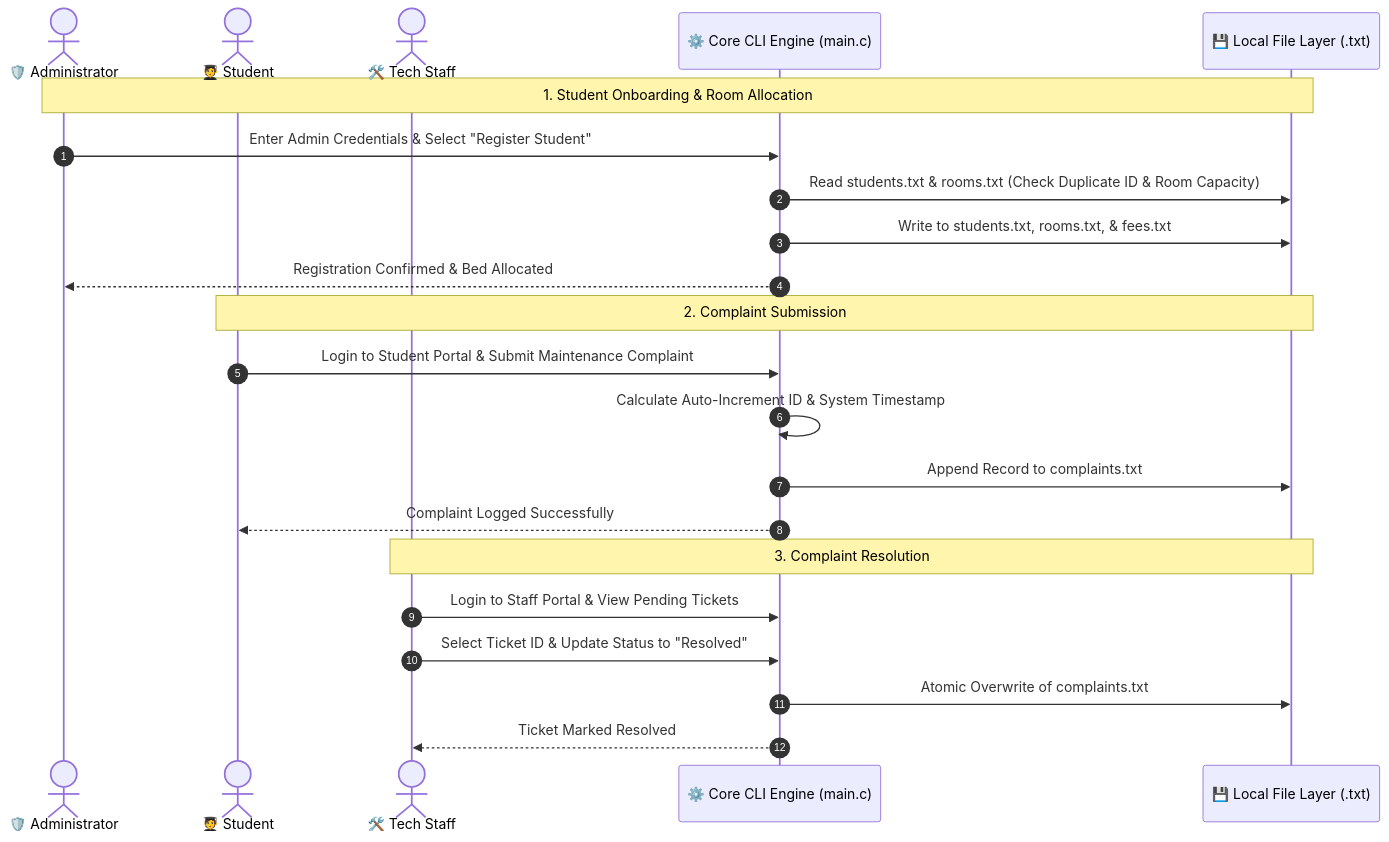
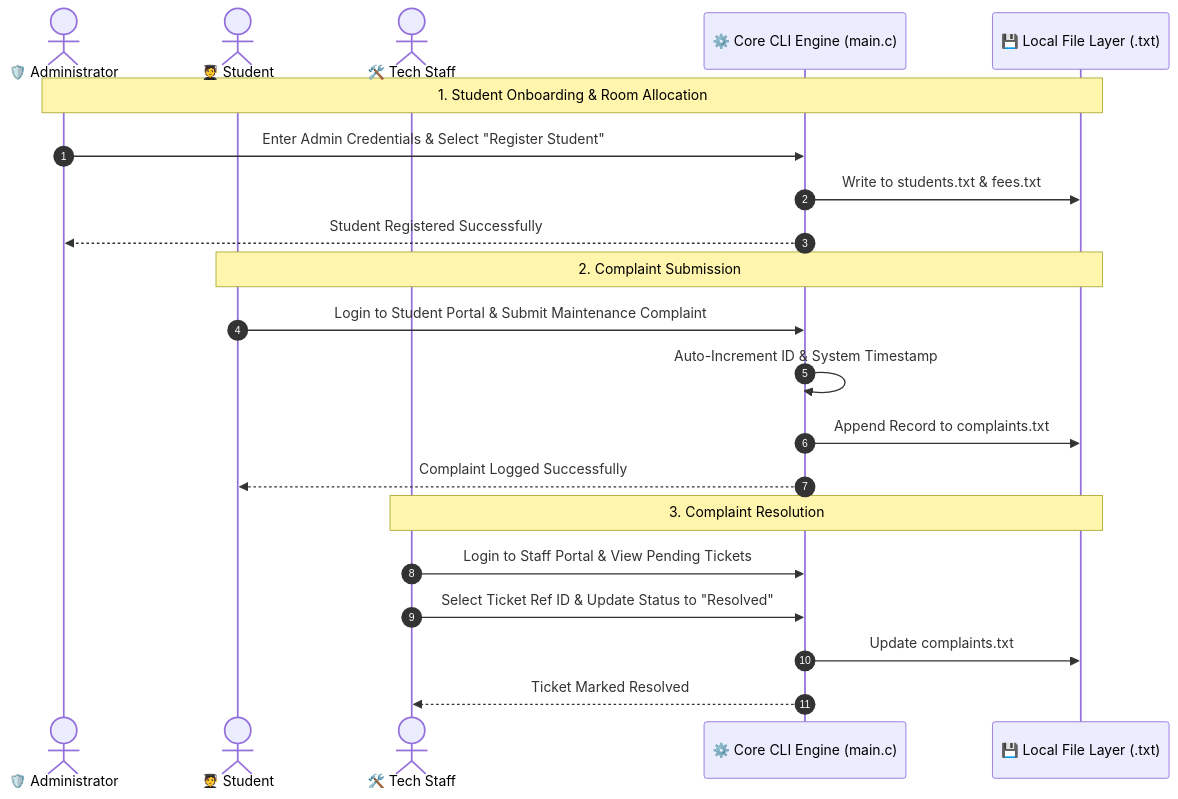
Before and after one commit to Null-Spectra/Capstone_Project_4th_Semester: the second of 2 diagrams in README.md, drawn with Mermaid. The commit also changed other lines of this file, not shown here.

````diff
--- a/README.md
+++ b/README.md
@@ -137,27 +136,26 @@
 ```mermaid
 sequenceDiagram
     autonumber
     actor Admin as 🛡️ Administrator
     actor Student as 🧑‍🎓 Student
     actor Staff as 🛠️ Tech Staff
     participant Engine as ⚙️ Core CLI Engine (main.c)
     participant File as 💾 Local File Layer (.txt)
 
     Note over Admin, File: 1. Student Onboarding & Room Allocation
     Admin->>Engine: Enter Admin Credentials & Select "Register Student"
-    Engine->>File: Read students.txt & rooms.txt (Check Duplicate ID & Room Capacity)
-    Engine->>File: Write to students.txt, rooms.txt, & fees.txt
-    Engine-->>Admin: Registration Confirmed & Bed Allocated
+    Engine->>File: Write to students.txt & fees.txt
+    Engine-->>Admin: Student Registered Successfully
 
     Note over Student, File: 2. Complaint Submission
     Student->>Engine: Login to Student Portal & Submit Maintenance Complaint
-    Engine->>Engine: Calculate Auto-Increment ID & System Timestamp
+    Engine->>Engine: Auto-Increment ID & System Timestamp
     Engine->>File: Append Record to complaints.txt
     Engine-->>Student: Complaint Logged Successfully
 
     Note over Staff, File: 3. Complaint Resolution
     Staff->>Engine: Login to Staff Portal & View Pending Tickets
-    Staff->>Engine: Select Ticket ID & Update Status to "Resolved"
-    Engine->>File: Atomic Overwrite of complaints.txt
+    Staff->>Engine: Select Ticket Ref ID & Update Status to "Resolved"
+    Engine->>File: Update complaints.txt
     Engine-->>Staff: Ticket Marked Resolved
 ```
````
